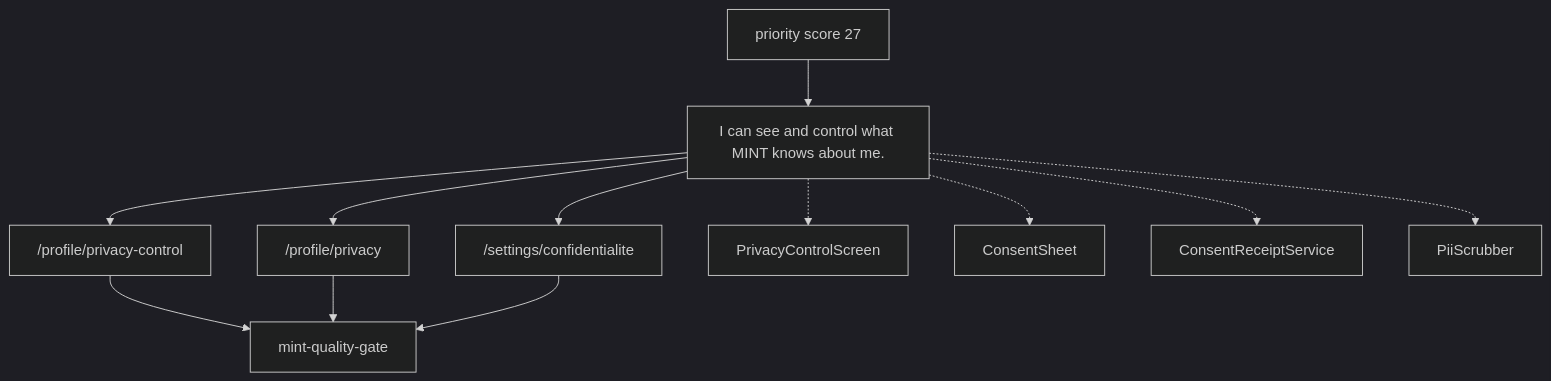
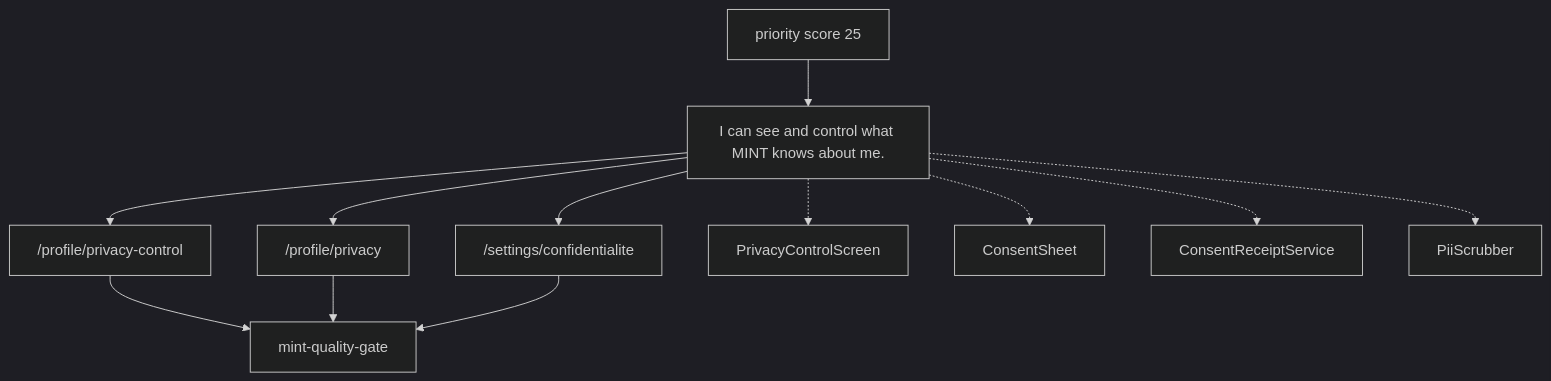
Before and after one commit to MINT-IA/MINT: the diagram in .planning/journeys/diagrams/profile_privacy_control.mmd, drawn with Mermaid (dark theme). The commit also changed 12 other files, not shown here.

```diff
--- a/.planning/journeys/diagrams/profile_privacy_control.mmd
+++ b/.planning/journeys/diagrams/profile_privacy_control.mmd
@@ -1,23 +1,23 @@
 %% Generated from .planning/journeys/records/profile_privacy_control.json
 flowchart TD
   promise["I can see and control what MINT knows about me."]
   team["mint-quality-gate"]
-  priority["priority score 27"]
+  priority["priority score 25"]
   priority --> promise
   route_profile_privacy_control["/profile/privacy-control"]
   promise --> route_profile_privacy_control
   route_profile_privacy_control --> team
   route_profile_privacy["/profile/privacy"]
   promise --> route_profile_privacy
   route_profile_privacy --> team
   route_settings_confidentialite["/settings/confidentialite"]
   promise --> route_settings_confidentialite
   route_settings_confidentialite --> team
   surface_PrivacyControlScreen["PrivacyControlScreen"]
   promise -.-> surface_PrivacyControlScreen
   surface_ConsentSheet["ConsentSheet"]
   promise -.-> surface_ConsentSheet
   surface_ConsentReceiptService["ConsentReceiptService"]
   promise -.-> surface_ConsentReceiptService
   surface_PiiScrubber["PiiScrubber"]
   promise -.-> surface_PiiScrubber
```
